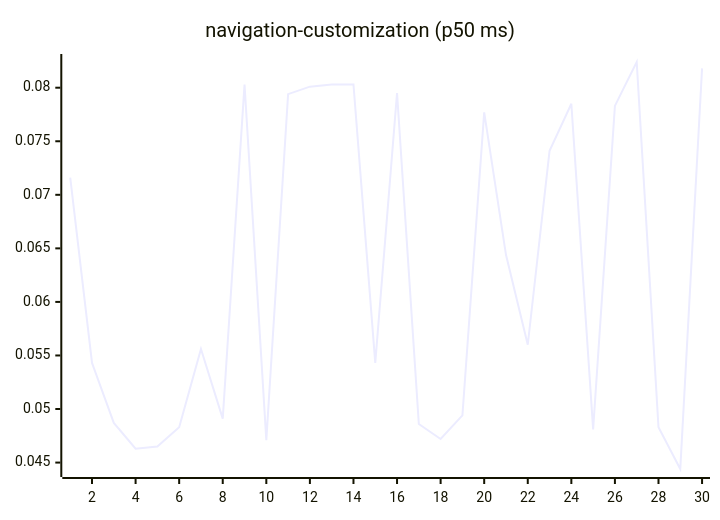
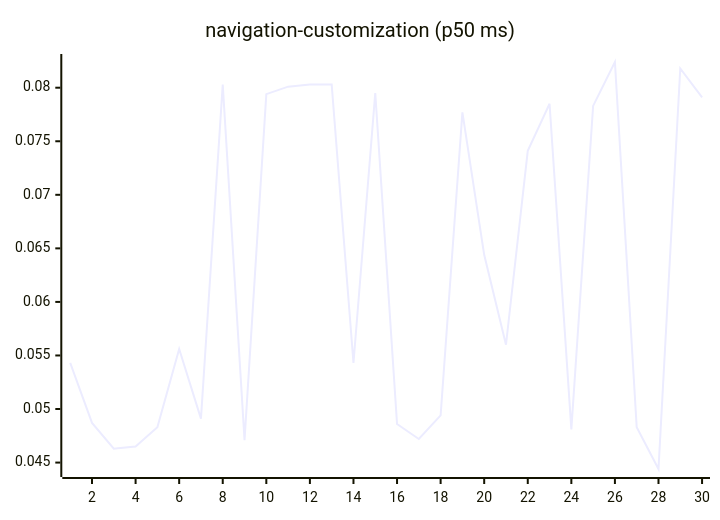
Before and after one commit to josha/Facet: diagram 15 of 27 in README.md, drawn with Mermaid. The commit also changed other lines of this file and 2 other files, not shown here.

````diff
--- a/README.md
+++ b/README.md
@@ -161,6 +161,6 @@
 ```mermaid
 xychart-beta
     title "navigation-customization (p50 ms)"
     x-axis 1 --> 30
-    line [0.0716, 0.0543, 0.0487, 0.0463, 0.0465, 0.0483, 0.0556, 0.0491, 0.0803, 0.0471, 0.0794, 0.0801, 0.0803, 0.0803, 0.0543, 0.0795, 0.0486, 0.0472, 0.0494, 0.0777, 0.0644, 0.0560, 0.0741, 0.0785, 0.0481, 0.0783, 0.0824, 0.0483, 0.0444, 0.0818]
+    line [0.0543, 0.0487, 0.0463, 0.0465, 0.0483, 0.0556, 0.0491, 0.0803, 0.0471, 0.0794, 0.0801, 0.0803, 0.0803, 0.0543, 0.0795, 0.0486, 0.0472, 0.0494, 0.0777, 0.0644, 0.0560, 0.0741, 0.0785, 0.0481, 0.0783, 0.0824, 0.0483, 0.0444, 0.0818, 0.0791]
 ```
````
